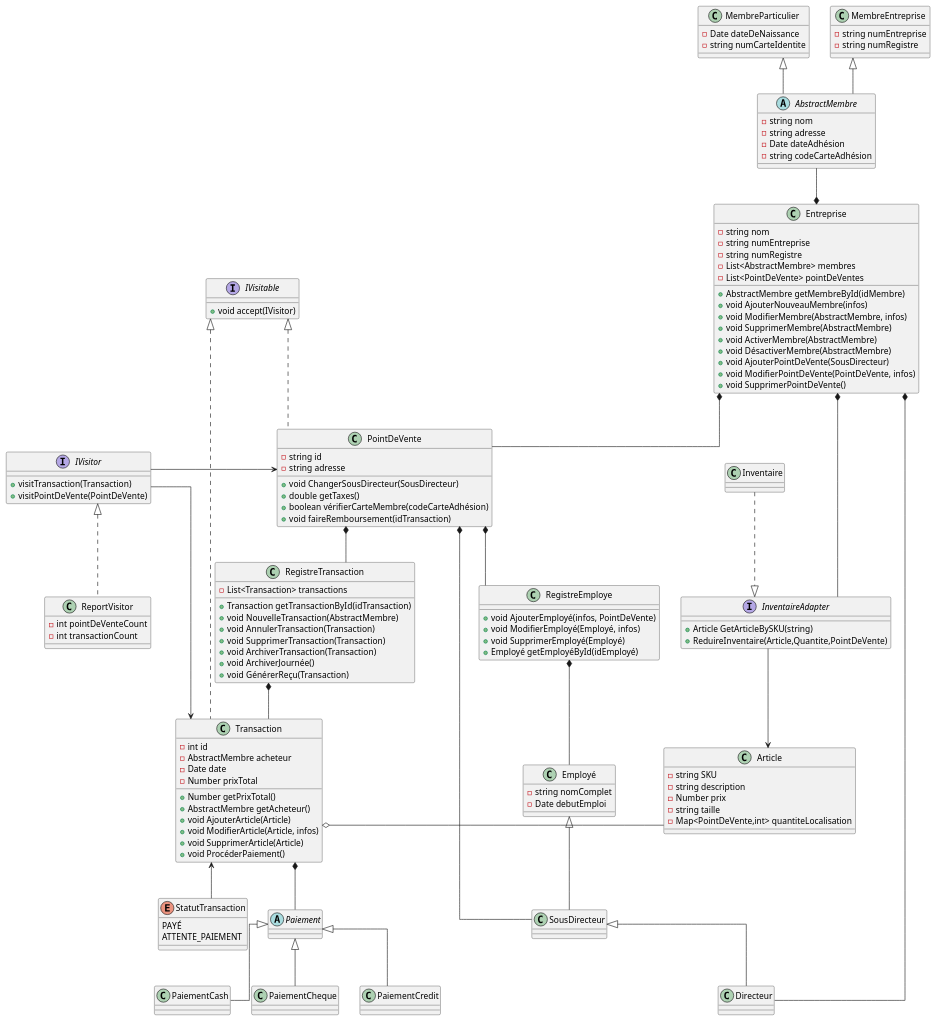
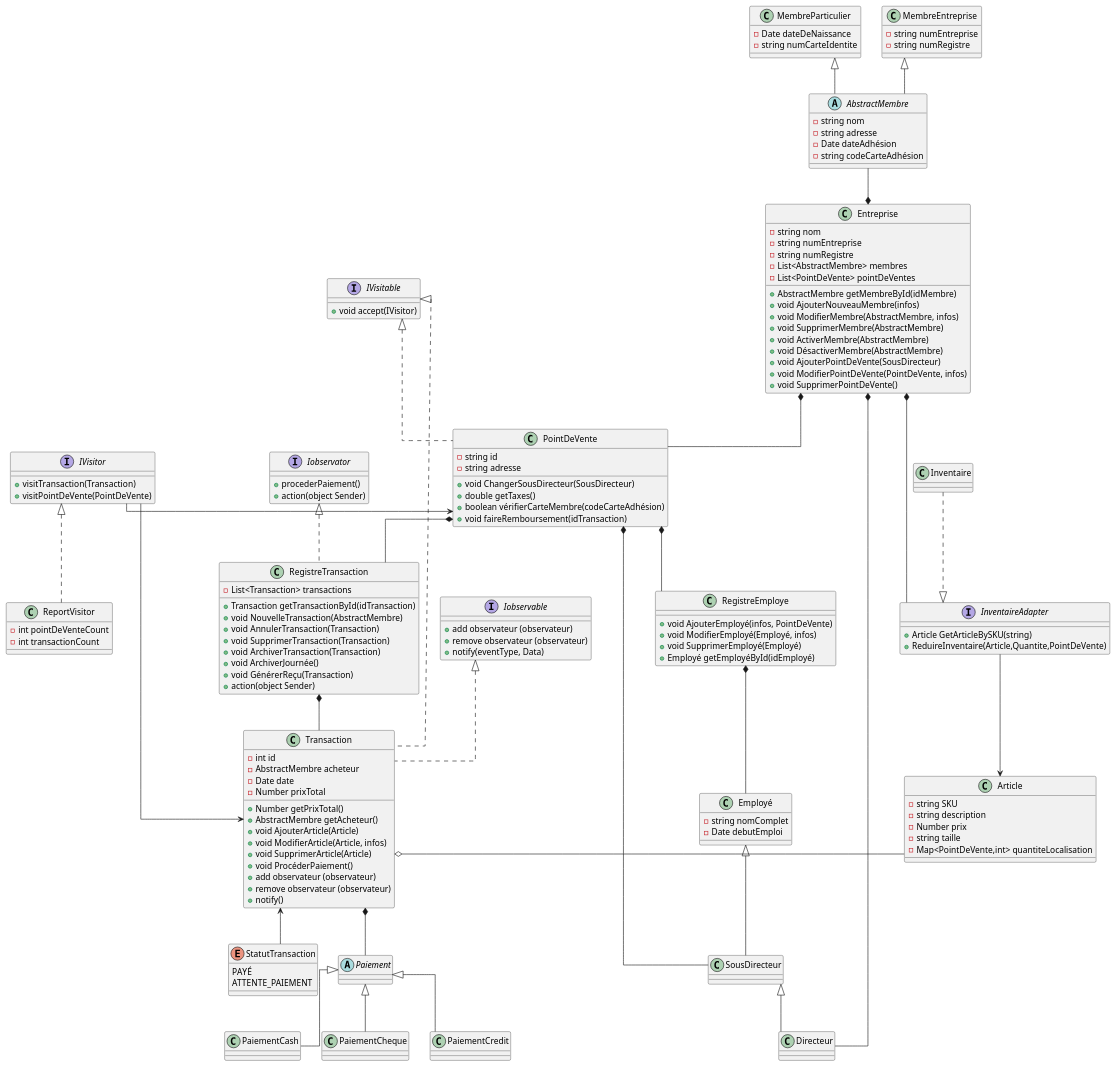
The diagram in diagram.puml (SamBolduc/INF1011-TP2), drawn with PlantUML before and after one commit.

Commit message:
Ajout pattern Observateur

```diff
--- a/diagram.puml
+++ b/diagram.puml
@@ -1,165 +1,178 @@
-@startuml
-
 skinparam linetype ortho
 
 abstract class AbstractMembre {
 - string nom
 - string adresse
 - Date dateAdhésion
 - string codeCarteAdhésion
 }
 
 class MembreParticulier {
 - Date dateDeNaissance
 - string numCarteIdentite
 }
 
 class MembreEntreprise {
 - string numEntreprise
 - string numRegistre
 }
 
 class RegistreEmploye{
   + void AjouterEmployé(infos, PointDeVente)
   + void ModifierEmployé(Employé, infos)
   + void SupprimerEmployé(Employé)
   + Employé getEmployéById(idEmployé)
 }
 
 interface IVisitable {
 +void accept(IVisitor)
 }
 
 interface IVisitor {
     +visitTransaction(Transaction)
     +visitPointDeVente(PointDeVente)
 }
 
 IVisitor -> PointDeVente
 IVisitor -> Transaction
 class ReportVisitor implements IVisitor {
     -int pointDeVenteCount
     -int transactionCount
 }
 
 
 class Employé {
 - string nomComplet
 - Date debutEmploi
 }
 
 class SousDirecteur {
 
 }
 
 class Directeur {
 
 }
 
-class Transaction implements IVisitable{
+class Transaction implements IVisitable , Iobservable {
 - int id
 - AbstractMembre acheteur
 - Date date
 - Number prixTotal
 + Number getPrixTotal()
 + AbstractMembre getAcheteur()
 + void AjouterArticle(Article)
 + void ModifierArticle(Article, infos)
 + void SupprimerArticle(Article)
 + void ProcéderPaiement()
++add observateur (observateur)
++remove observateur (observateur)
++notify()
 }
 
 class Article {
   - string SKU
   - string description
   - Number prix
   - string taille
   - Map<PointDeVente,int> quantiteLocalisation
 }
 
-class RegistreTransaction {
+class RegistreTransaction implements Iobservator {
 - List<Transaction> transactions
 + Transaction getTransactionById(idTransaction)
 + void NouvelleTransaction(AbstractMembre)
 + void AnnulerTransaction(Transaction)
 + void SupprimerTransaction(Transaction)
 + void ArchiverTransaction(Transaction)
 + void ArchiverJournée()
 + void GénérerReçu(Transaction)
++action(object Sender)
 }
 
 enum StatutTransaction{
 PAYÉ
 ATTENTE_PAIEMENT
 }
 
 class Entreprise {
 - string nom
 - string numEntreprise
 - string numRegistre
 - List<AbstractMembre> membres
 - List<PointDeVente> pointDeVentes
 + AbstractMembre getMembreById(idMembre)
 + void AjouterNouveauMembre(infos)
 + void ModifierMembre(AbstractMembre, infos)
 + void SupprimerMembre(AbstractMembre)
 + void ActiverMembre(AbstractMembre)
 + void DésactiverMembre(AbstractMembre)
 + void AjouterPointDeVente(SousDirecteur)
 + void ModifierPointDeVente(PointDeVente, infos)
 + void SupprimerPointDeVente()
 
 }
 
 class PointDeVente implements IVisitable{
   - string id
   - string adresse
   + void ChangerSousDirecteur(SousDirecteur)
   + double getTaxes()
   + boolean vérifierCarteMembre(codeCarteAdhésion)
   + void faireRemboursement(idTransaction)
 }
 
 interface InventaireAdapter {
   +Article GetArticleBySKU(string)
   +ReduireInventaire(Article,Quantite,PointDeVente)
 }
 
+
 class Inventaire
+
+interface Iobservable {
++add observateur (observateur)
++remove observateur (observateur)
++notify(eventType, Data)
+}
+
+interface Iobservator {
++procederPaiement()
++action(object Sender) 
+}
+
 
 Inventaire ..|> InventaireAdapter
 
 abstract class Paiement {}
 
 class PaiementCredit {}
 
 class PaiementCash {}
 
 class PaiementCheque {}
 
 Employé <|-- SousDirecteur
 SousDirecteur <|-- Directeur
 
 Paiement <|-- PaiementCredit
 Paiement <|-- PaiementCash
 Paiement <|-- PaiementCheque
 
 Entreprise *-- PointDeVente
 PointDeVente *-- RegistreEmploye
 Entreprise *--- InventaireAdapter
 InventaireAdapter --> Article
 Entreprise *-- Directeur
 PointDeVente *-- SousDirecteur
 RegistreEmploye *-- Employé
 PointDeVente *-- RegistreTransaction
 
 RegistreTransaction *-- Transaction
 Transaction <-- StatutTransaction
 Transaction *-- Paiement
 Transaction o- Article
 
 AbstractMembre --* Entreprise
 MembreParticulier<|-- AbstractMembre
 MembreEntreprise <|-- AbstractMembre
-
-@enduml
```
